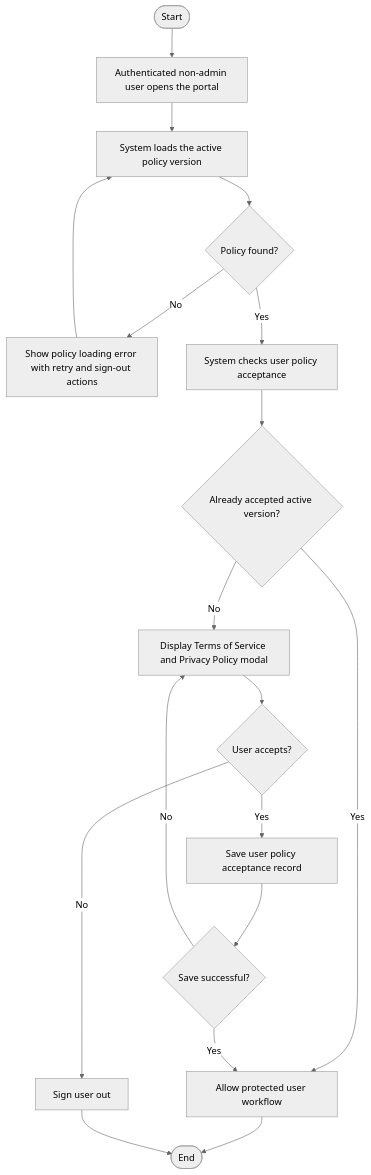
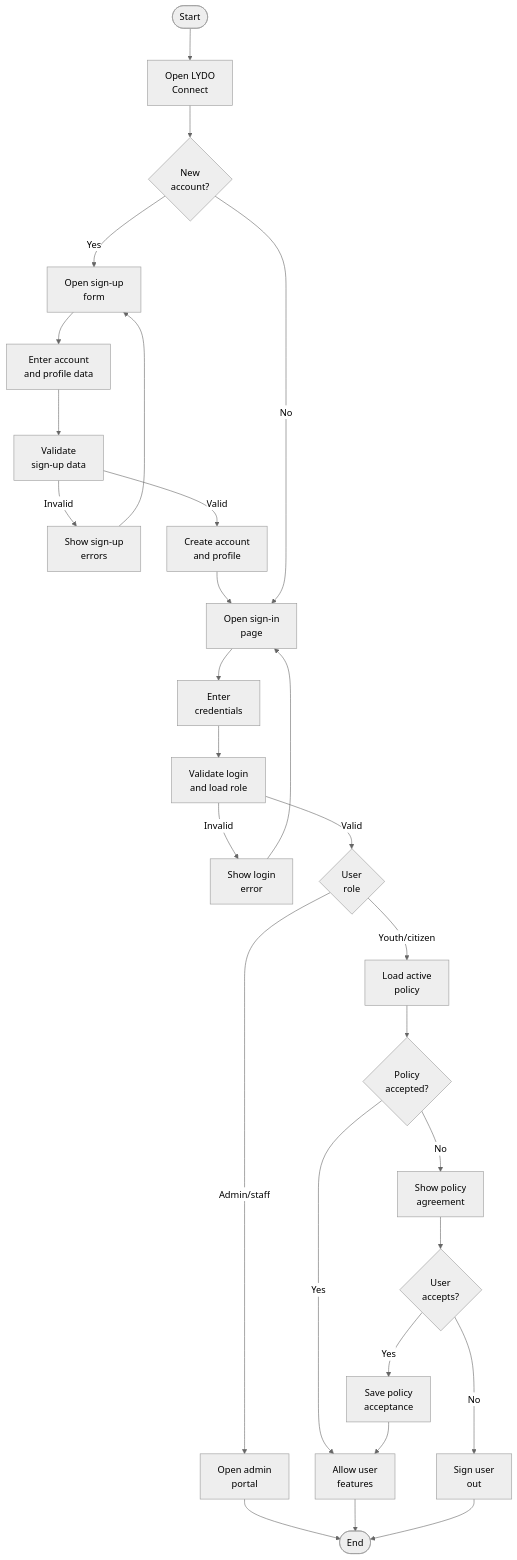
Before and after one commit to txiaoqt/lydo-connect-org-focused: the first of 7 diagrams in Methodology/3.2.1-Activity-Diagram.md, drawn with Mermaid (neutral theme). The commit also changed other lines of this file and 5 other files, not shown here.

````diff
--- a/Methodology/3.2.1-Activity-Diagram.md
+++ b/Methodology/3.2.1-Activity-Diagram.md
@@ -7,20 +7,31 @@
 ```mermaid
+%%{init: {"flowchart": {"htmlLabels": true, "nodeSpacing": 45, "rankSpacing": 55}} }%%
 flowchart TD
-    A([Start]) --> B[Authenticated non-admin user opens the portal]
-    B --> C[System loads the active policy version]
-    C --> D{Policy found?}
-    D -- No --> E[Show policy loading error with retry and sign-out actions]
-    E --> C
-    D -- Yes --> F[System checks user policy acceptance]
-    F --> G{Already accepted active version?}
-    G -- Yes --> H[Allow protected user workflow]
-    G -- No --> I[Display Terms of Service and Privacy Policy modal]
-    I --> J{User accepts?}
-    J -- No --> K[Sign user out]
-    J -- Yes --> L[Save user policy acceptance record]
-    L --> M{Save successful?}
-    M -- No --> I
-    M -- Yes --> H
-    H --> N([End])
-    K --> N
+    A([Start]) --> B["Open LYDO<br/>Connect"]
+    B --> C{"New<br/>account?"}
+    C -- Yes --> D["Open sign-up<br/>form"]
+    D --> E["Enter account<br/>and profile data"]
+    E --> F["Validate<br/>sign-up data"]
+    F -- Invalid --> G["Show sign-up<br/>errors"]
+    G --> D
+    F -- Valid --> H["Create account<br/>and profile"]
+    H --> I["Open sign-in<br/>page"]
+    C -- No --> I
+    I --> J["Enter<br/>credentials"]
+    J --> K["Validate login<br/>and load role"]
+    K -- Invalid --> L["Show login<br/>error"]
+    L --> I
+    K -- Valid --> M{"User<br/>role"}
+    M -- Admin/staff --> N["Open admin<br/>portal"]
+    M -- Youth/citizen --> O["Load active<br/>policy"]
+    O --> P{"Policy<br/>accepted?"}
+    P -- Yes --> Q["Allow user<br/>features"]
+    P -- No --> R["Show policy<br/>agreement"]
+    R --> S{"User<br/>accepts?"}
+    S -- No --> T["Sign user<br/>out"]
+    S -- Yes --> U["Save policy<br/>acceptance"]
+    U --> Q
+    N --> V([End])
+    Q --> V
+    T --> V
 ```
````
